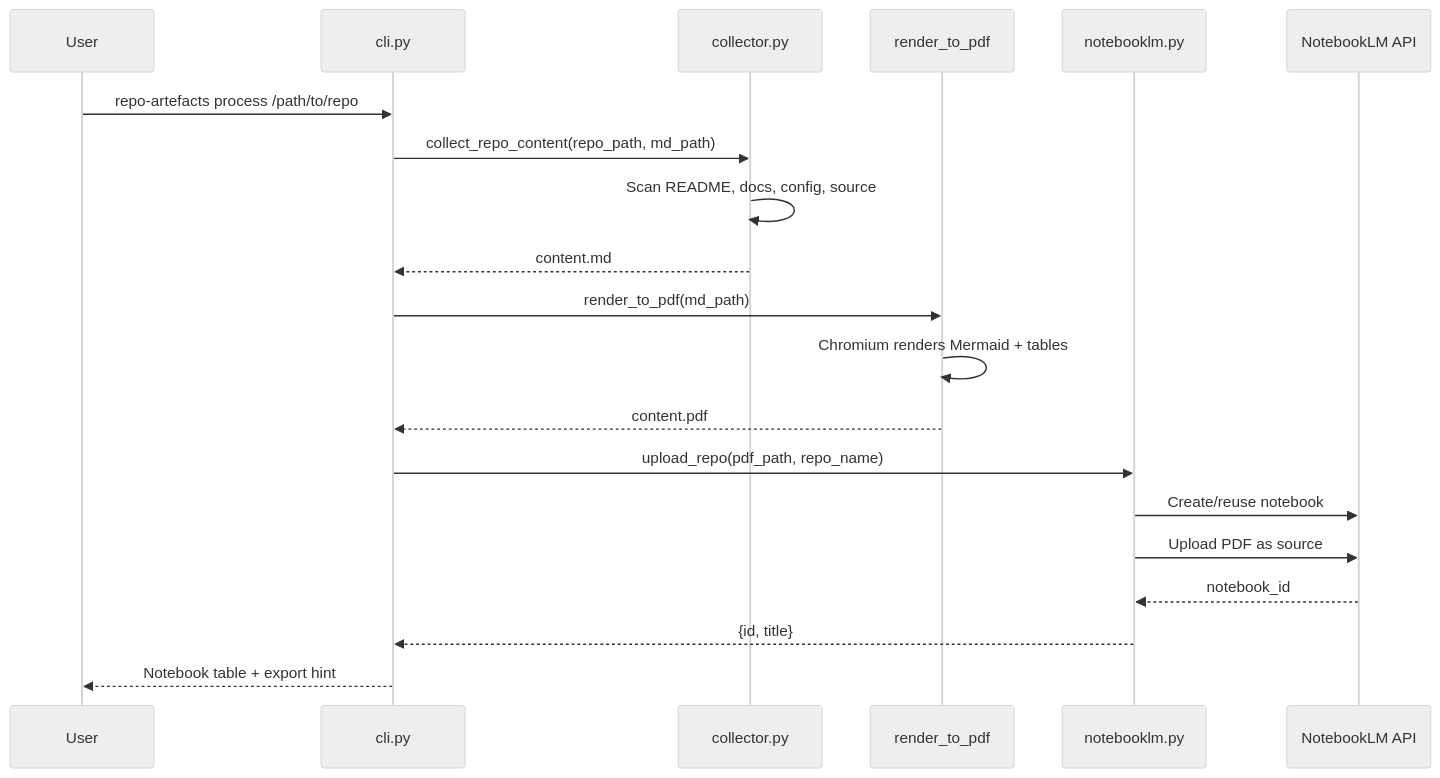
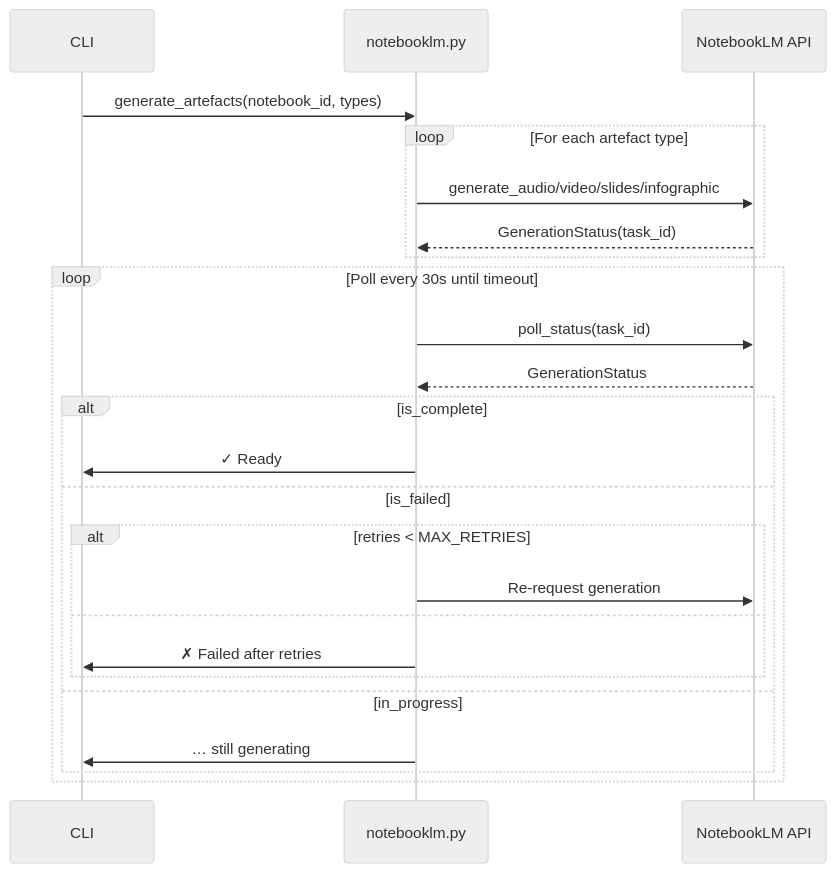
The third of 6 diagrams in docs/codemap.md (NetDevAutomate/notebooklm-repo-artefacts), drawn with Mermaid (neutral theme) before and after one commit. The commit also changed other lines of this file and 8 other files, not shown here.

````diff
--- a/docs/codemap.md
+++ b/docs/codemap.md
@@ -93,23 +98,28 @@
 ```mermaid
 sequenceDiagram
-    participant User
-    participant CLI as cli.py
-    participant Col as collector.py
-    participant PDF as render_to_pdf
+    participant CLI
     participant NLM as notebooklm.py
     participant API as NotebookLM API
 
-    User->>CLI: repo-artefacts process /path/to/repo
-    CLI->>Col: collect_repo_content(repo_path, md_path)
-    Col->>Col: Scan README, docs, config, source
-    Col-->>CLI: content.md
-    CLI->>PDF: render_to_pdf(md_path)
-    PDF->>PDF: Chromium renders Mermaid + tables
-    PDF-->>CLI: content.pdf
-    CLI->>NLM: upload_repo(pdf_path, repo_name)
-    NLM->>API: Create/reuse notebook
-    NLM->>API: Upload PDF as source
-    API-->>NLM: notebook_id
-    NLM-->>CLI: {id, title}
-    CLI-->>User: Notebook table + export hint
+    CLI->>NLM: generate_artefacts(notebook_id, types)
+    loop For each artefact type
+        NLM->>API: generate_audio/video/slides/infographic
+        API-->>NLM: GenerationStatus(task_id)
+    end
+
+    loop Poll every 30s until timeout
+        NLM->>API: poll_status(task_id)
+        API-->>NLM: GenerationStatus
+        alt is_complete
+            NLM->>CLI: ✓ Ready
+        else is_failed
+            alt retries < MAX_RETRIES
+                NLM->>API: Re-request generation
+            else
+                NLM->>CLI: ✗ Failed after retries
+            end
+        else in_progress
+            NLM->>CLI: … still generating
+        end
+    end
 ```
````
